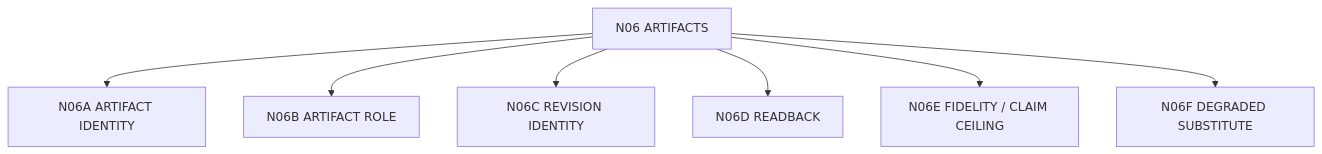
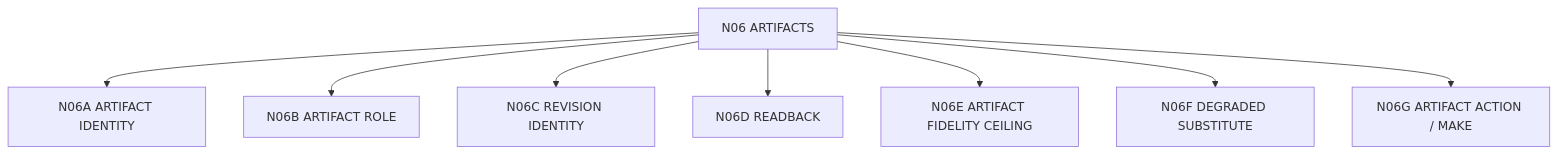
The third of 3 diagrams in product-docs/v0.3/nodes/N06_ARTIFACTS.md (Jiaosong/Design), drawn with Mermaid before and after one commit. The commit also changed other lines of this file and 71 other files, not shown here.

````diff
--- a/product-docs/v0.3/nodes/N06_ARTIFACTS.md
+++ b/product-docs/v0.3/nodes/N06_ARTIFACTS.md
@@ -66,10 +71,11 @@
 ```mermaid
 flowchart TB
     P[N06 ARTIFACTS]
     P --> N06A[N06A ARTIFACT IDENTITY]
     P --> N06B[N06B ARTIFACT ROLE]
     P --> N06C[N06C REVISION IDENTITY]
     P --> N06D[N06D READBACK]
-    P --> N06E[N06E FIDELITY / CLAIM CEILING]
+    P --> N06E[N06E ARTIFACT FIDELITY CEILING]
     P --> N06F[N06F DEGRADED SUBSTITUTE]
+    P --> N06G[N06G ARTIFACT ACTION / MAKE]
 ```
````
